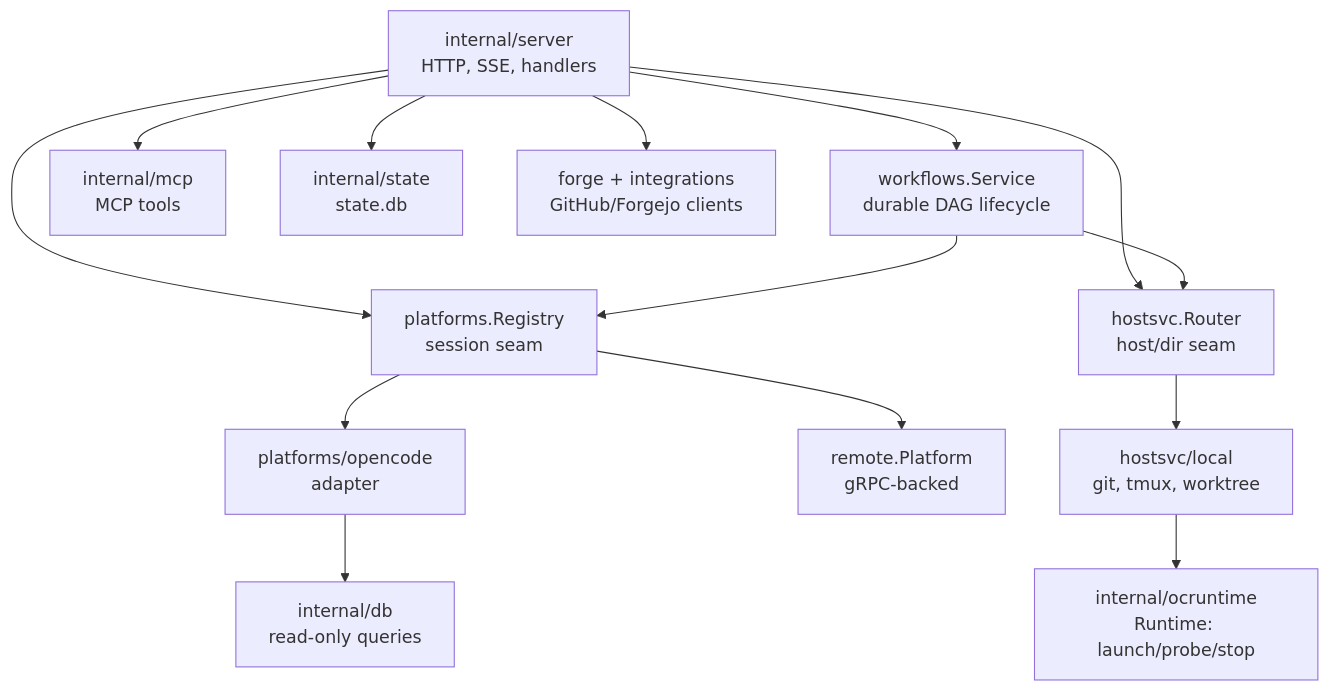
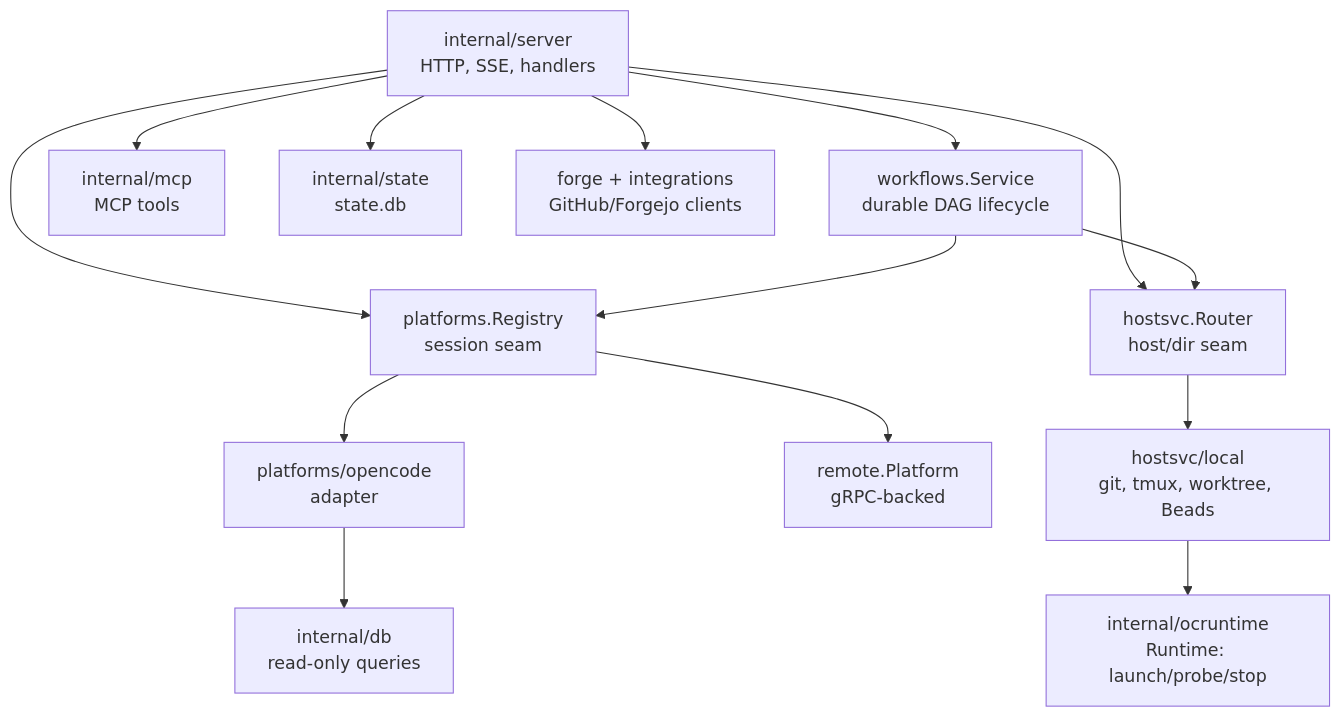
The second of 4 diagrams in docs/architecture.md (ocman/ocman), drawn with Mermaid before and after one commit. The commit also changed other lines of this file and 28 other files, not shown here.

````diff
--- a/docs/architecture.md
+++ b/docs/architecture.md
@@ -48,16 +48,16 @@
 ```mermaid
 flowchart TD
     Server[internal/server<br/>HTTP, SSE, handlers] --> Registry[platforms.Registry<br/>session seam]
     Server --> Router[hostsvc.Router<br/>host/dir seam]
     Server --> Workflows[workflows.Service<br/>durable DAG lifecycle]
     Workflows --> Registry
     Workflows --> Router
     Server --> MCP[internal/mcp<br/>MCP tools]
     Registry --> OC[platforms/opencode<br/>adapter]
     Registry --> RP[remote.Platform<br/>gRPC-backed]
     OC --> DB[internal/db<br/>read-only queries]
-    Router --> Local[hostsvc/local<br/>git, tmux, worktree]
+    Router --> Local[hostsvc/local<br/>git, tmux, worktree, Beads]
     Local --> OCRT[internal/ocruntime<br/>Runtime: launch/probe/stop]
     Server --> State[internal/state<br/>state.db]
     Server --> Forge[forge + integrations<br/>GitHub/Forgejo clients]
 ```
````
